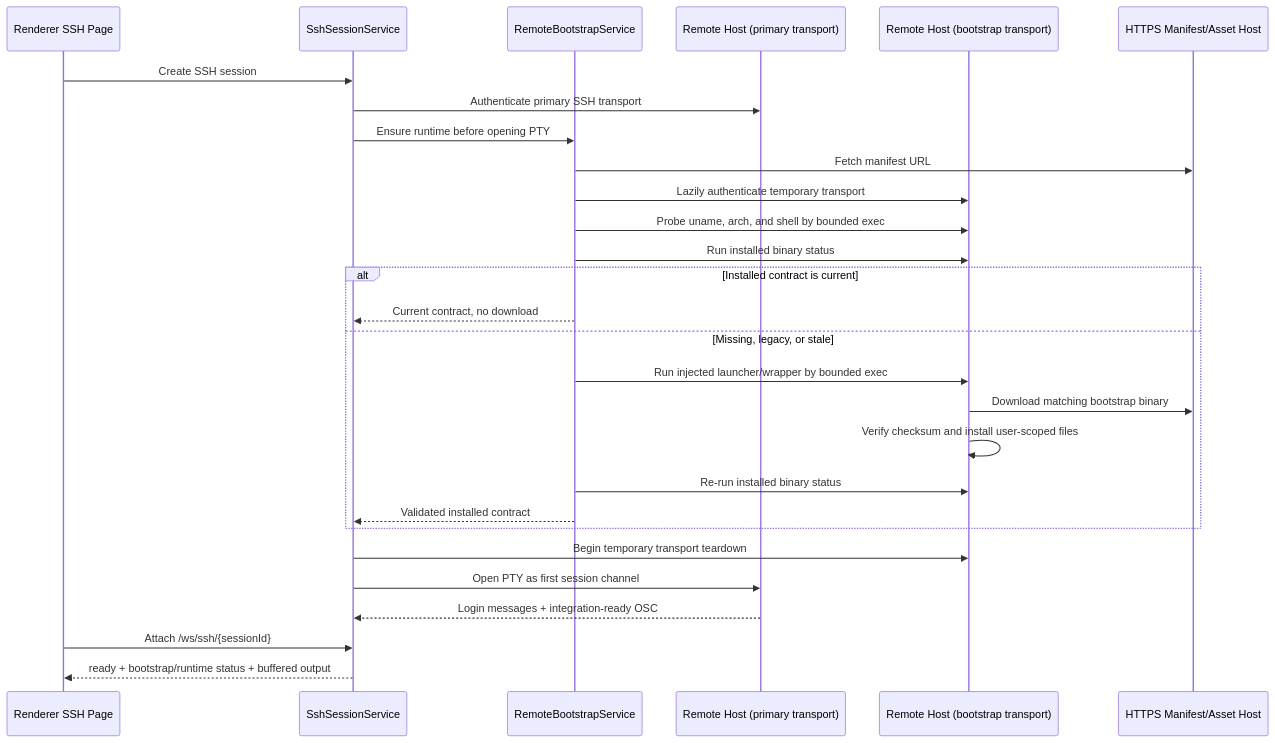
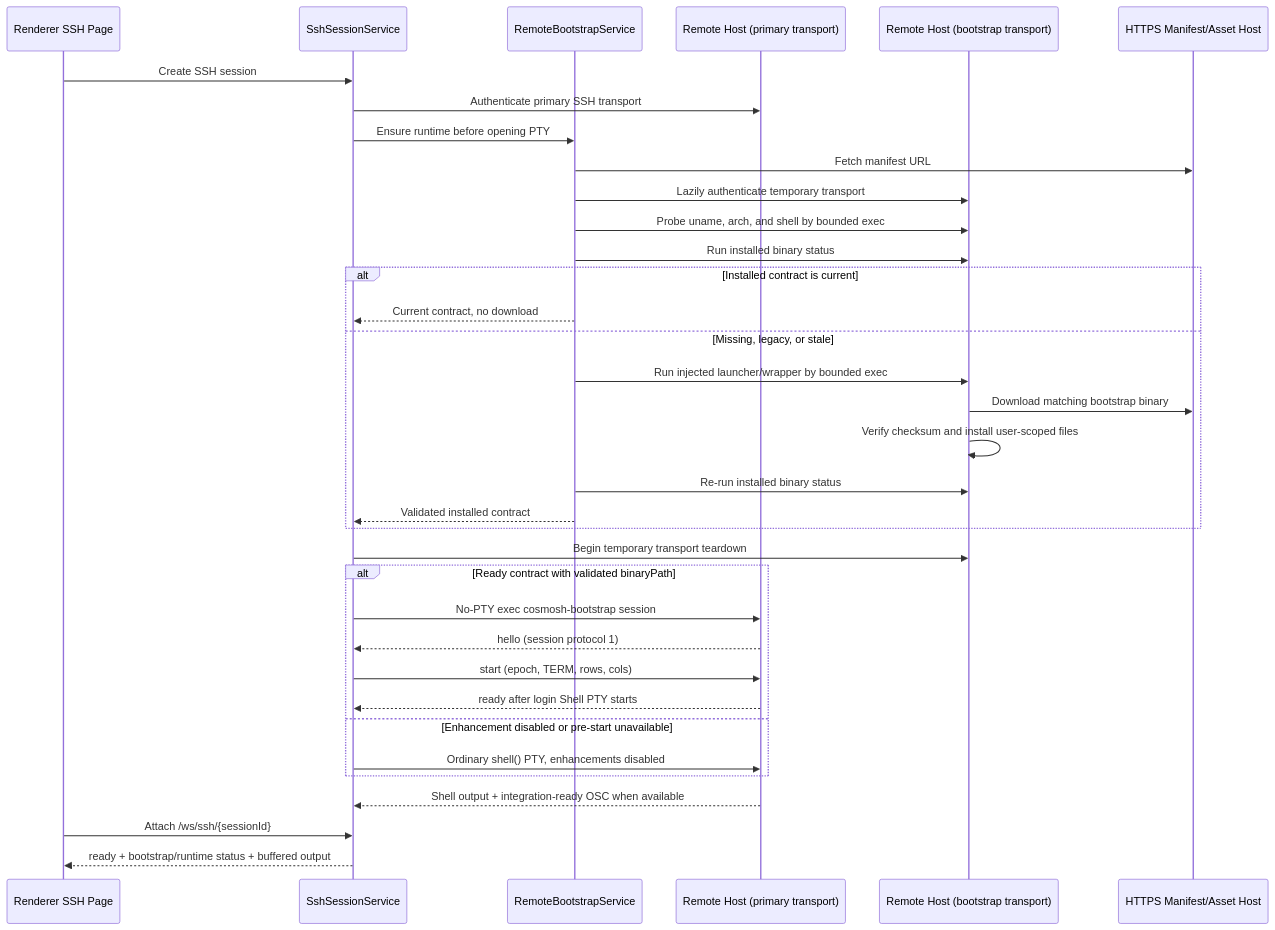
One commit to agoudbg/Cosmosh changed the third of 5 diagrams in docs/developer/runtime/ssh-terminal.md. Above: the diagram before and after it, drawn with Mermaid. The commit also changed other lines of this file and 23 other files, not shown here.

````diff
--- a/docs/developer/runtime/ssh-terminal.md
+++ b/docs/developer/runtime/ssh-terminal.md
@@ -416,31 +416,38 @@
 ```mermaid
 sequenceDiagram
   participant UI as Renderer SSH Page
   participant SSH as SshSessionService
   participant BOOT as RemoteBootstrapService
   participant PRIMARY as Remote Host (primary transport)
   participant AUX as Remote Host (bootstrap transport)
   participant REL as HTTPS Manifest/Asset Host
 
   UI->>SSH: Create SSH session
   SSH->>PRIMARY: Authenticate primary SSH transport
   SSH->>BOOT: Ensure runtime before opening PTY
   BOOT->>REL: Fetch manifest URL
   BOOT->>AUX: Lazily authenticate temporary transport
   BOOT->>AUX: Probe uname, arch, and shell by bounded exec
   BOOT->>AUX: Run installed binary status
   alt Installed contract is current
     BOOT-->>SSH: Current contract, no download
   else Missing, legacy, or stale
     BOOT->>AUX: Run injected launcher/wrapper by bounded exec
     AUX->>REL: Download matching bootstrap binary
     AUX->>AUX: Verify checksum and install user-scoped files
     BOOT->>AUX: Re-run installed binary status
     BOOT-->>SSH: Validated installed contract
   end
   SSH->>AUX: Begin temporary transport teardown
-  SSH->>PRIMARY: Open PTY as first session channel
-  PRIMARY-->>SSH: Login messages + integration-ready OSC
+  alt Ready contract with validated binaryPath
+    SSH->>PRIMARY: No-PTY exec cosmosh-bootstrap session
+    PRIMARY-->>SSH: hello (session protocol 1)
+    SSH->>PRIMARY: start (epoch, TERM, rows, cols)
+    PRIMARY-->>SSH: ready after login Shell PTY starts
+  else Enhancement disabled or pre-start unavailable
+    SSH->>PRIMARY: Ordinary shell() PTY, enhancements disabled
+  end
+  PRIMARY-->>SSH: Shell output + integration-ready OSC when available
   UI->>SSH: Attach /ws/ssh/{sessionId}
   SSH-->>UI: ready + bootstrap/runtime status + buffered output
 ```
````
